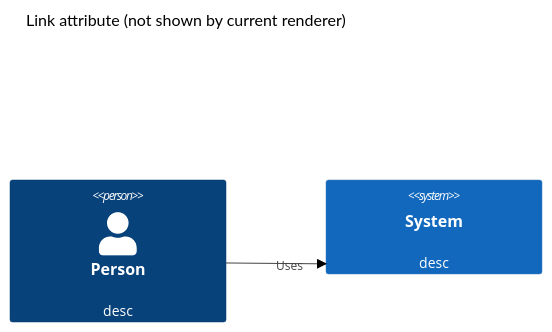
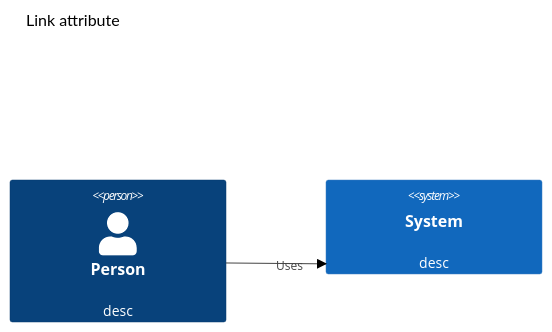
The diagram in e2e/diagrams/c4/nightly-check/link-attribute-not-rendered.mmd (mermaid-js/mermaid), drawn with Mermaid (neutral theme) before and after one commit.

Commit message:
test(c4): drop the stale 'not shown' note from the link fixture title
The unified renderer wraps a linked node in an anchor, as the fixture's own description says, so the title no longer says the attribute is not shown.

```diff
--- a/e2e/diagrams/c4/nightly-check/link-attribute-not-rendered.mmd
+++ b/e2e/diagrams/c4/nightly-check/link-attribute-not-rendered.mmd
@@ -1,12 +1,12 @@
 ---
 description: >-
   A Person carrying a $link="https://example.com" attribute. The unified
   renderer wraps the node in an <a xlink:href> anchor (asserted in
   e2e/rendering/c4/pr-check/c4-link.spec.js); the screenshot only records
   how it looks.
 ---
 C4Context
-title Link attribute (not shown by current renderer)
+title Link attribute
 Person(p, "Person", "desc", $link="https://example.com")
 System(s, "System", "desc")
 Rel(p, s, "Uses")
```
